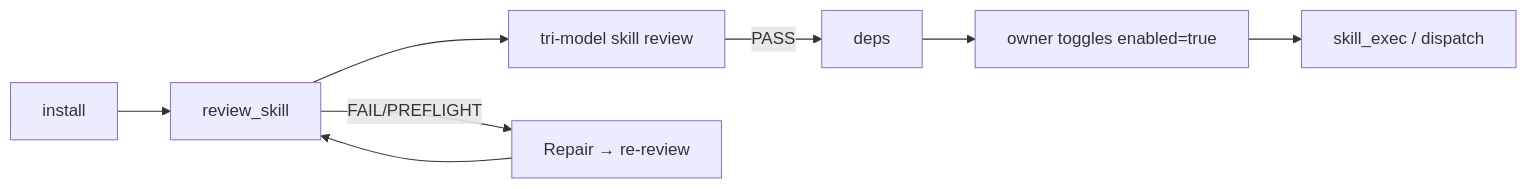
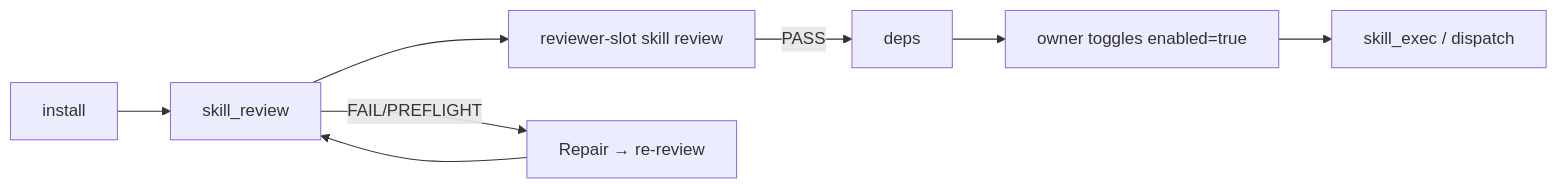
The diagram in docs/CREATING_SKILLS.md (juberuu/ouroboros), drawn with Mermaid before and after one commit. The commit also changed other lines of this file and 8 other files, not shown here.

````diff
--- a/docs/CREATING_SKILLS.md
+++ b/docs/CREATING_SKILLS.md
@@ -115,10 +115,10 @@
 ```mermaid
 flowchart LR
-    install[install] --> review[review_skill]
-    review --> triad[tri-model skill review]
+    install[install] --> review[skill_review]
+    review --> triad[reviewer-slot skill review]
     triad -- PASS --> deps
     deps --> enable[owner toggles enabled=true]
     enable --> execute[skill_exec / dispatch]
     review -- FAIL/PREFLIGHT --> repair[Repair → re-review]
     repair --> review
 ```
````
